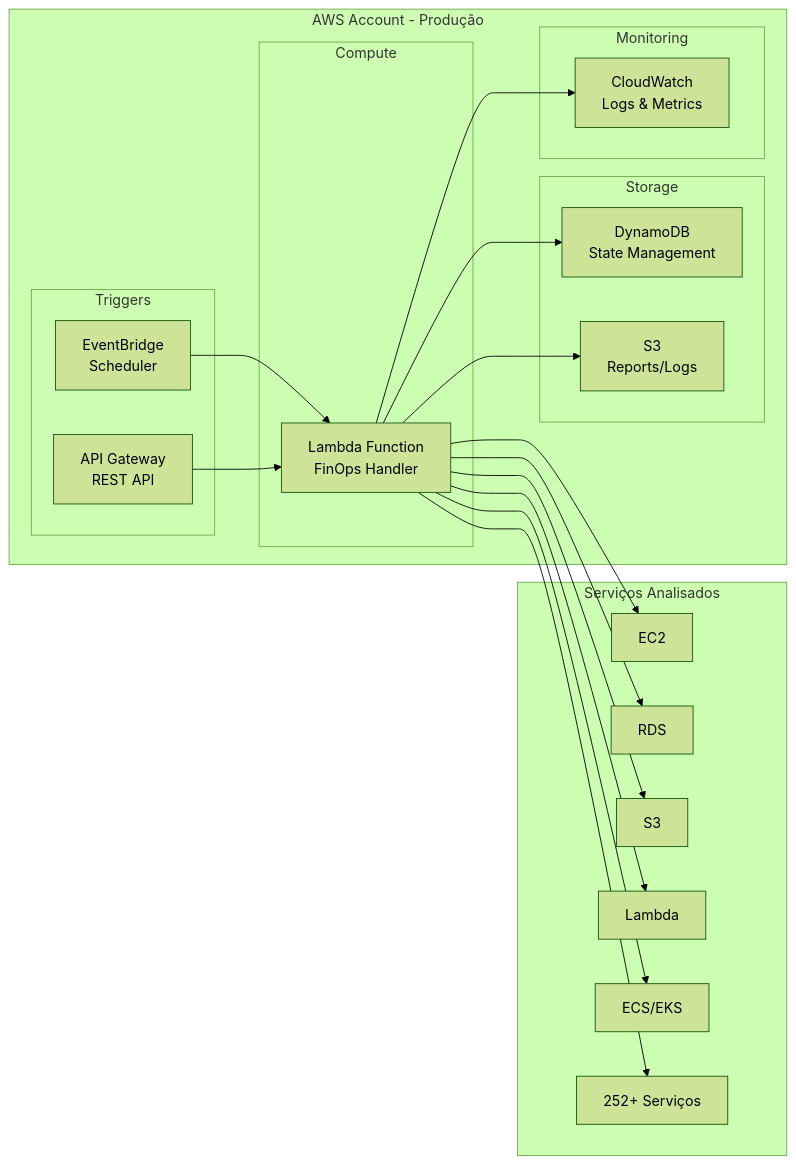
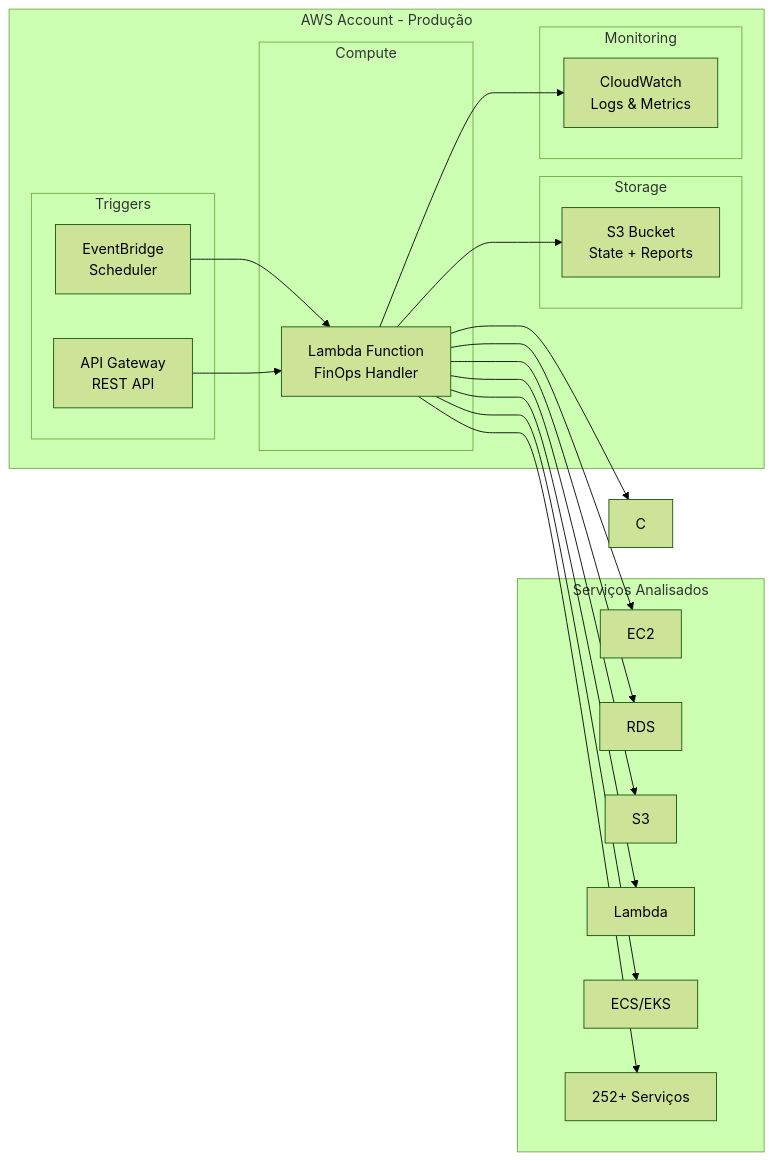
Before and after one commit to FELIPEACASTRO/finops-aws-bdr: the second of 15 diagrams in docs/TECHNICAL_GUIDE.md, drawn with Mermaid (forest theme). The commit also changed other lines of this file and 4 other files, not shown here.

````diff
--- a/docs/TECHNICAL_GUIDE.md
+++ b/docs/TECHNICAL_GUIDE.md
@@ -68,43 +68,42 @@
 ```mermaid
 graph LR
     subgraph "AWS Account - Produção"
         subgraph "Compute"
             A[Lambda Function<br/>FinOps Handler]
         end
         
         subgraph "Storage"
-            B[DynamoDB<br/>State Management]
-            C[S3<br/>Reports/Logs]
+            B[S3 Bucket<br/>State + Reports]
         end
         
         subgraph "Triggers"
             D[EventBridge<br/>Scheduler]
             E[API Gateway<br/>REST API]
         end
         
         subgraph "Monitoring"
             F[CloudWatch<br/>Logs & Metrics]
         end
     end
     
     subgraph "Serviços Analisados"
         G[EC2]
         H[RDS]
         I[S3]
         J[Lambda]
         K[ECS/EKS]
         L[252+ Serviços]
     end
     
     D --> A
     E --> A
     A --> B
     A --> C
     A --> F
     A --> G
     A --> H
     A --> I
     A --> J
     A --> K
     A --> L
 ```
````
